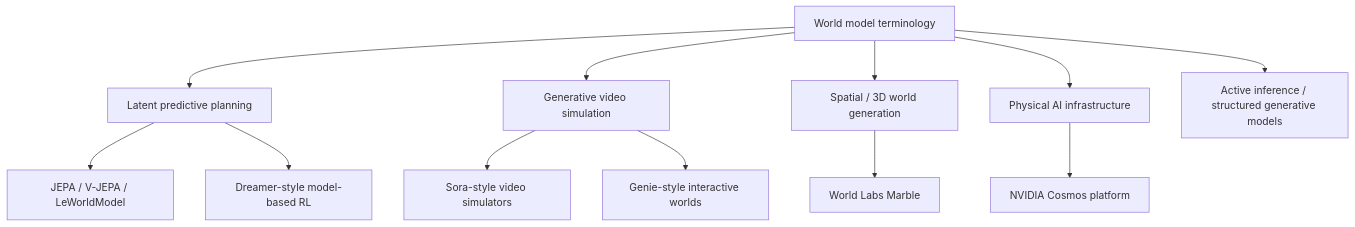
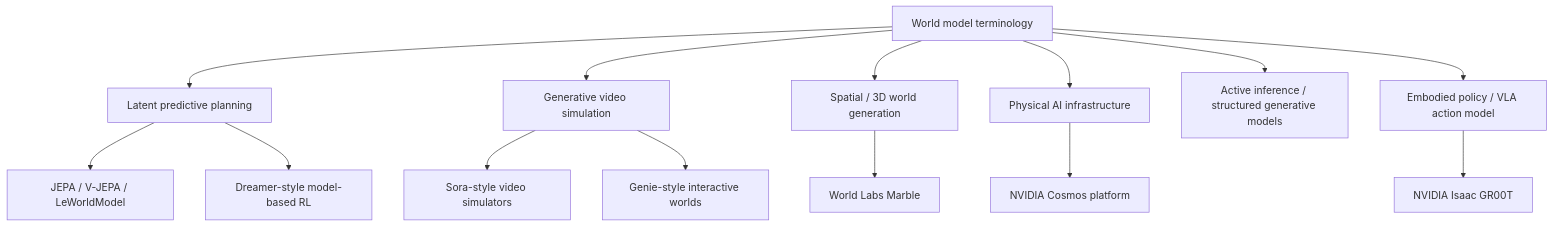
Before and after one commit to omarespejel/worldforge: the first of 2 diagrams in docs/src/world-model-taxonomy.md, drawn with Mermaid. The commit also changed other lines of this file and 23 other files, not shown here.

````diff
--- a/docs/src/world-model-taxonomy.md
+++ b/docs/src/world-model-taxonomy.md
@@ -40,16 +40,18 @@
 ```mermaid
 flowchart TD
     WM[World model terminology]
     WM --> Latent[Latent predictive planning]
     WM --> Video[Generative video simulation]
     WM --> Spatial[Spatial / 3D world generation]
     WM --> Infra[Physical AI infrastructure]
     WM --> Active[Active inference / structured generative models]
+    WM --> Policy[Embodied policy / VLA action model]
 
     Latent --> JEPA[JEPA / V-JEPA / LeWorldModel]
     Latent --> RL[Dreamer-style model-based RL]
     Video --> Sora[Sora-style video simulators]
     Video --> Genie[Genie-style interactive worlds]
     Spatial --> Marble[World Labs Marble]
     Infra --> Cosmos[NVIDIA Cosmos platform]
+    Policy --> Groot[NVIDIA Isaac GR00T]
 ```
````
